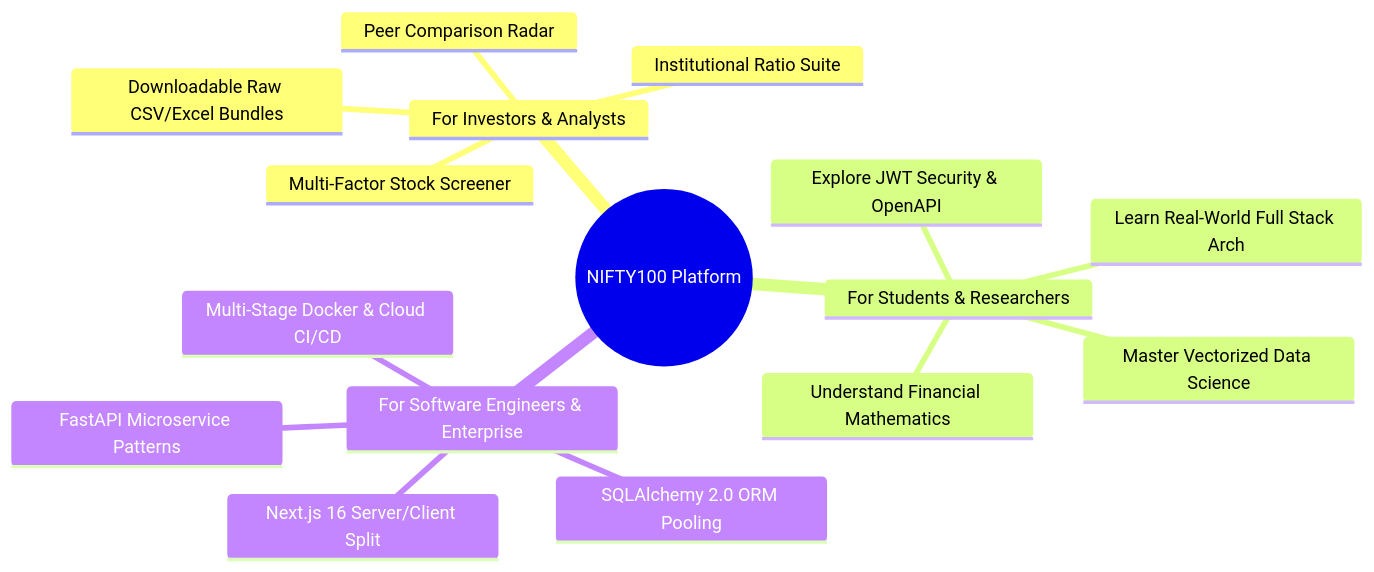
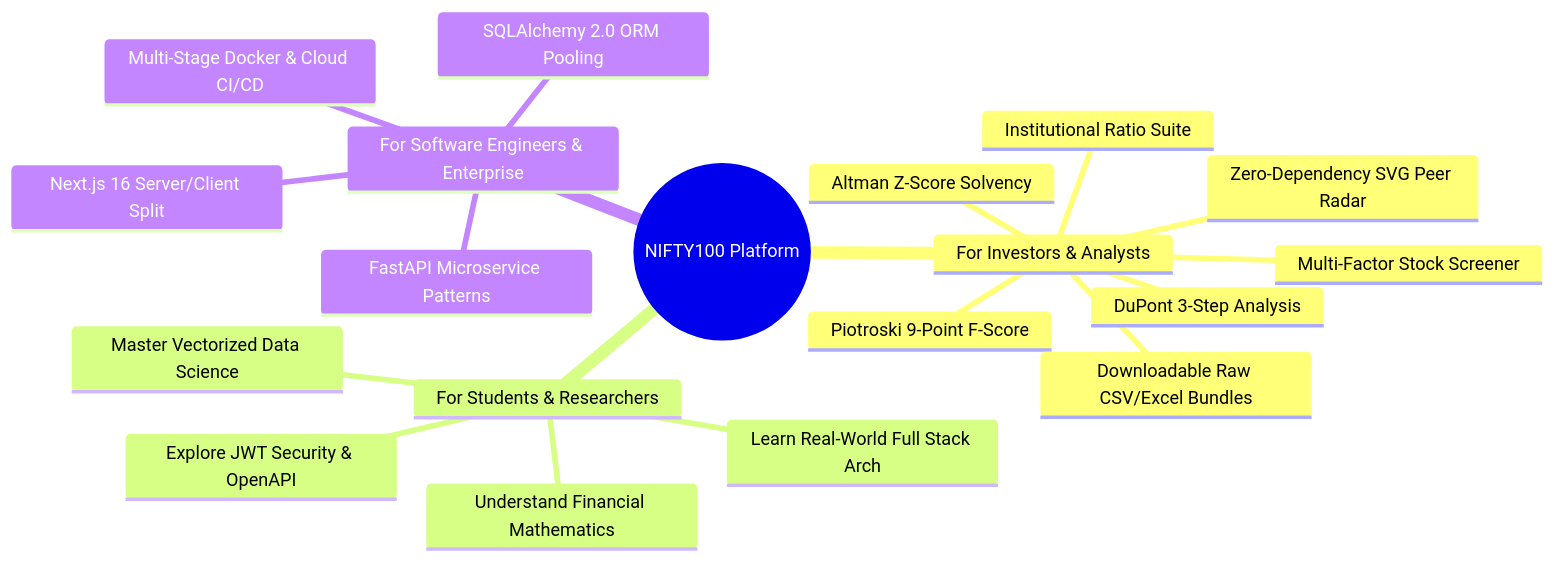
The second of 7 diagrams in README.md (MALLAMPOLAIAHGANESH/n100-financial-intelligence-platform), drawn with Mermaid before and after one commit. The commit also changed other lines of this file, not shown here.

Commit message:
docs: update README.md with DuPont, Altman Z, Piotroski models, reports API & peer radar

````diff
--- a/README.md
+++ b/README.md
@@ -120,19 +120,22 @@
 ```mermaid
 mindmap
   root((NIFTY100 Platform))
     For Investors & Analysts
       Institutional Ratio Suite
+      DuPont 3-Step Analysis
+      Altman Z-Score Solvency
+      Piotroski 9-Point F-Score
       Multi-Factor Stock Screener
-      Peer Comparison Radar
+      Zero-Dependency SVG Peer Radar
       Downloadable Raw CSV/Excel Bundles
     For Students & Researchers
       Learn Real-World Full Stack Arch
       Understand Financial Mathematics
       Master Vectorized Data Science
       Explore JWT Security & OpenAPI
     For Software Engineers & Enterprise
       FastAPI Microservice Patterns
       Next.js 16 Server/Client Split
       SQLAlchemy 2.0 ORM Pooling
       Multi-Stage Docker & Cloud CI/CD
 ```
````
